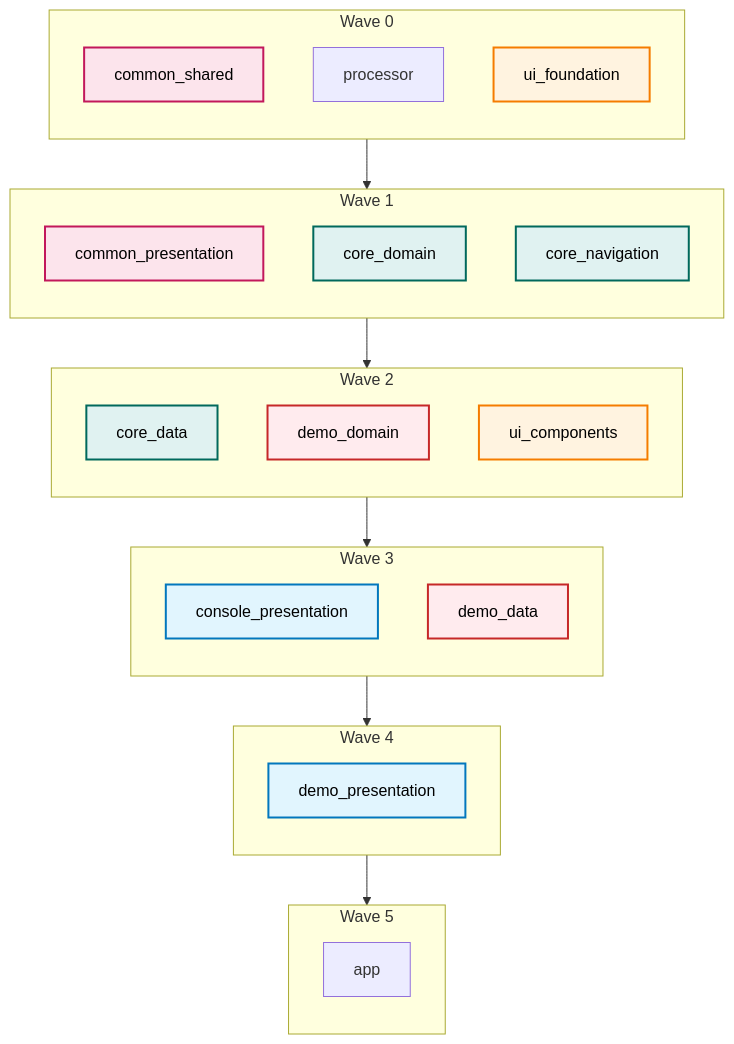
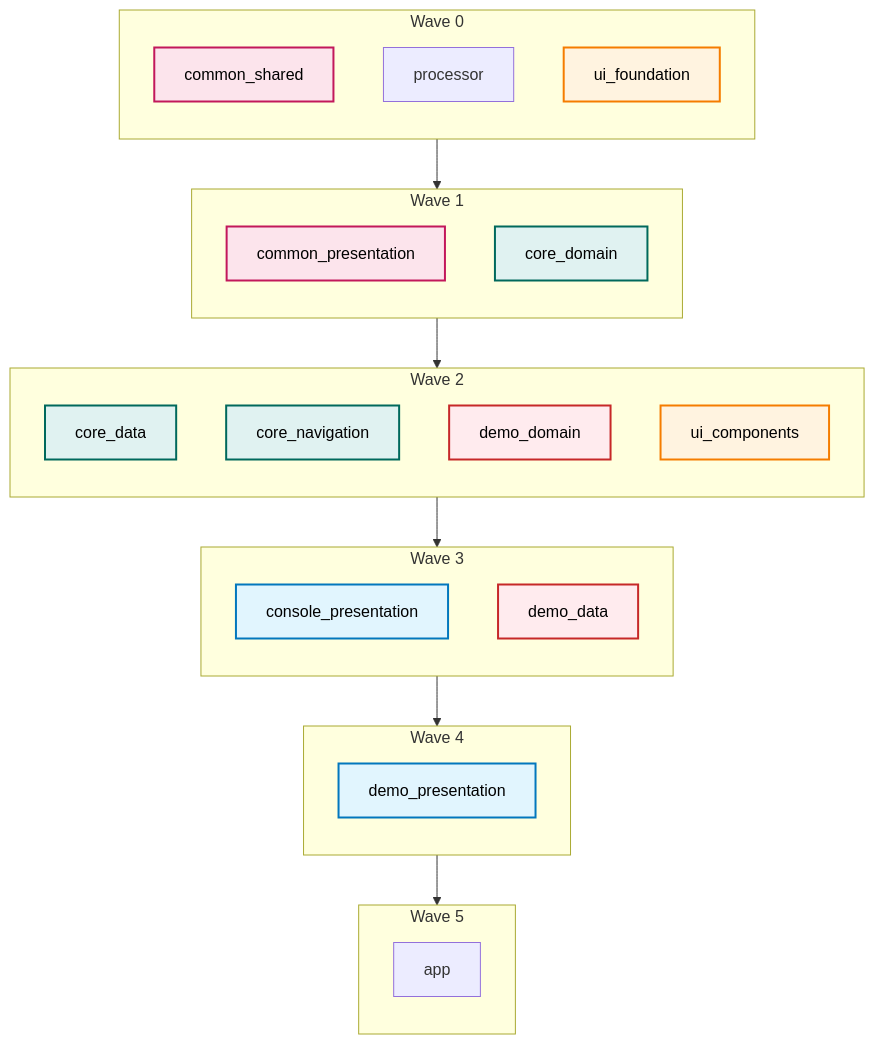
The third of 4 diagrams in flutter/module_graph.md (hhumbetovv/fullstack-template), drawn with Mermaid before and after one commit. The commit also changed other lines of this file and 39 other files, not shown here.

````diff
--- a/flutter/module_graph.md
+++ b/flutter/module_graph.md
@@ -133,60 +137,60 @@
 ```mermaid
 graph TB
     subgraph wave_cluster_0["Wave 0"]
         direction TB
         common_shared["common_shared"]
         common_shared:::common
         processor["processor"]
         ui_foundation["ui_foundation"]
         ui_foundation:::ui
     end
     subgraph wave_cluster_1["Wave 1"]
         direction TB
         common_presentation["common_presentation"]
         common_presentation:::common
         core_domain["core_domain"]
         core_domain:::core
-        core_navigation["core_navigation"]
-        core_navigation:::core
     end
     subgraph wave_cluster_2["Wave 2"]
         direction TB
         core_data["core_data"]
         core_data:::core
+        core_navigation["core_navigation"]
+        core_navigation:::core
         demo_domain["demo_domain"]
         demo_domain:::domain
         class demo_domain unused
         ui_components["ui_components"]
         ui_components:::ui
     end
     subgraph wave_cluster_3["Wave 3"]
         direction TB
         console_presentation["console_presentation"]
         console_presentation:::presentation
         demo_data["demo_data"]
         demo_data:::data
         class demo_data unused
     end
     subgraph wave_cluster_4["Wave 4"]
         direction TB
         demo_presentation["demo_presentation"]
         demo_presentation:::presentation
     end
     subgraph wave_cluster_5["Wave 5"]
         direction TB
         app["app"]
     end
     wave_cluster_0 --> wave_cluster_1
     wave_cluster_1 --> wave_cluster_2
     wave_cluster_2 --> wave_cluster_3
     wave_cluster_3 --> wave_cluster_4
     wave_cluster_4 --> wave_cluster_5
 
     classDef presentation fill:#e1f5fe,stroke:#0277bd,stroke-width:2px,color:#000000;
     classDef domain fill:#f3e5f5,stroke:#7b1fa2,stroke-width:2px,color:#000000;
     classDef data fill:#e8f5e8,stroke:#2e7d32,stroke-width:2px,color:#000000;
     classDef ui fill:#fff3e0,stroke:#f57c00,stroke-width:2px,color:#000000;
     classDef common fill:#fce4ec,stroke:#c2185b,stroke-width:2px,color:#000000;
     classDef core fill:#e0f2f1,stroke:#00695c,stroke-width:2px,color:#000000;
     classDef unused fill:#ffebee,stroke:#c62828,stroke-width:2px,color:#000000;
 ```
````
